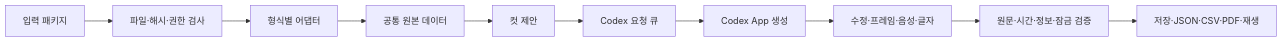
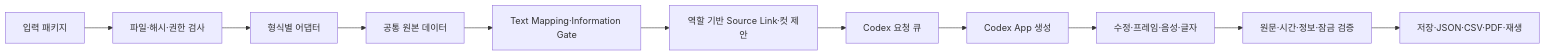
Before and after one commit to zzocojoa/storyboard-generator: the diagram in docs/02-design/features/storyboard-generator.design.md, drawn with Mermaid. The commit also changed other lines of this file and 36 other files, not shown here.

````diff
--- a/docs/02-design/features/storyboard-generator.design.md
+++ b/docs/02-design/features/storyboard-generator.design.md
@@ -15,12 +15,13 @@
 ```mermaid
 flowchart LR
     A[입력 패키지] --> B[파일·해시·권한 검사]
     B --> C[형식별 어댑터]
     C --> D[공통 원본 데이터]
-    D --> E[컷 제안]
+    D --> M[Text Mapping·Information Gate]
+    M --> E[역할 기반 Source Link·컷 제안]
     E --> Q[Codex 요청 큐]
     Q --> X[Codex App 생성]
     X --> F[수정·프레임·음성·글자]
     F --> G[원문·시간·정보·잠금 검증]
     G --> H[저장·JSON·CSV·PDF·재생]
 ```
````
